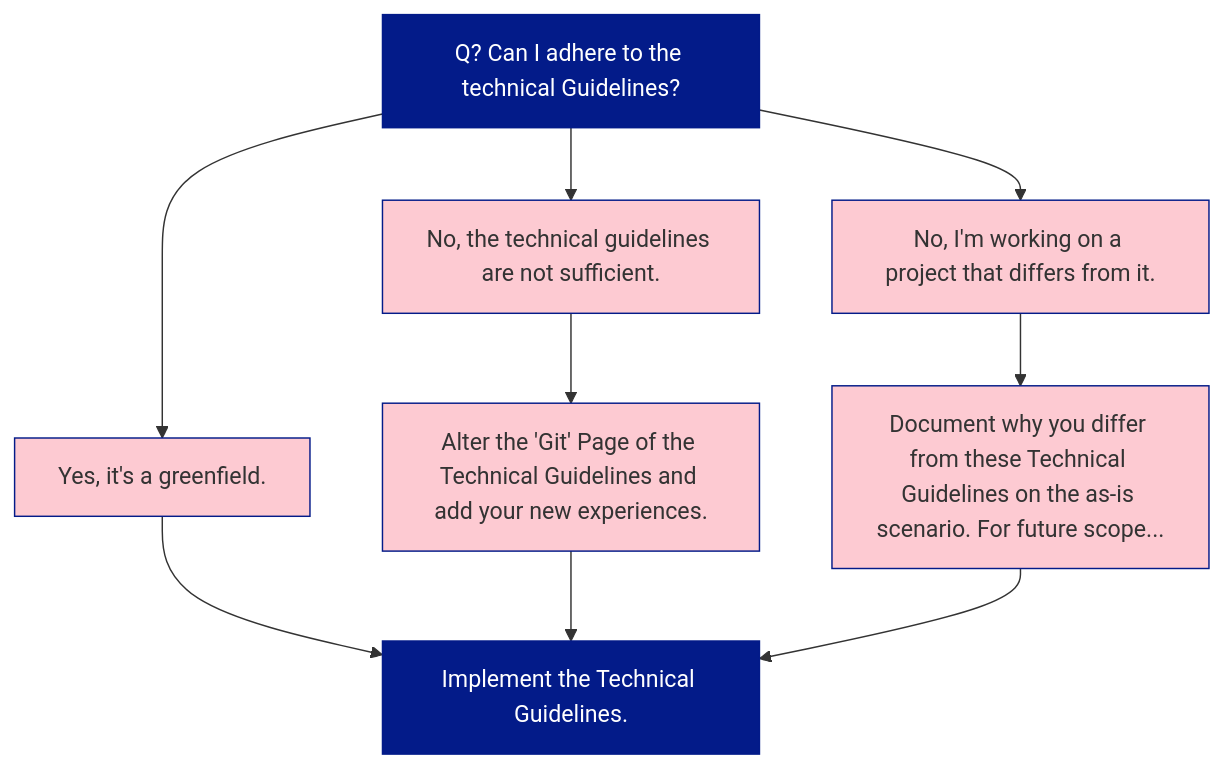
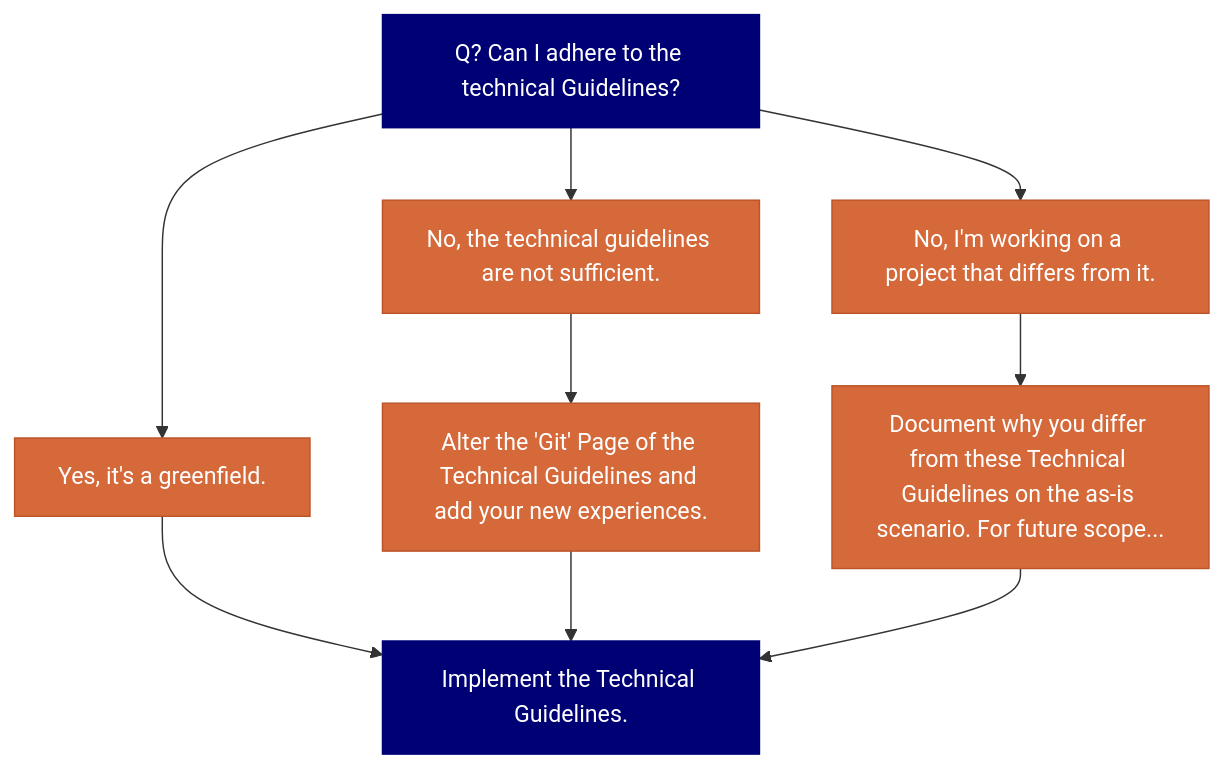
Before and after one commit to PlainsightPro/Vision-Playbook: the diagram in docs/technical-guidelines/why-technical-guidelines.md, drawn with Mermaid. The commit also changed 5 other files, not shown here.

First line of the commit message:
Fix Mermaid diagram colors to match brand guidelines

````diff
--- a/docs/technical-guidelines/why-technical-guidelines.md
+++ b/docs/technical-guidelines/why-technical-guidelines.md
@@ -5,28 +5,28 @@
 ```mermaid
 ---
 config:
   theme: forest
   layout: elk
 ---
 %%{init: { "flowchart": { "useMaxWidth": true } } }%%
 graph TD;
     A[Q? Can I adhere to the technical Guidelines?]
     B[Yes, it's a greenfield.]
     C[Implement the Technical Guidelines.]
     D[No, the technical guidelines are not sufficient.]
     E[Alter the 'Git' Page of the Technical Guidelines and add your new experiences.]
     F[No, I'm working on a project that differs from it.]
     G[Document why you differ from these Technical Guidelines on the as-is scenario. For future scope...]
     
 
     A --> B --> C
     A --> D --> E --> C
     A --> F --> G --> C
     
 
-    classDef pinkBox fill:#FDCAD2,stroke:#031B89,stroke-width:1px;
-    class B,D,E,F,G pinkBox;
+    classDef orangeBox fill:#D5693A,stroke:#BD5428,stroke-width:1px,color:#FFFFFF;
+    class B,D,E,F,G orangeBox;
 
-    classDef blueBox fill:#031B89,stroke:#031B89,stroke-width:1px,color:#FFFFFF;
+    classDef blueBox fill:#000075,stroke:#000075,stroke-width:1px,color:#FFFFFF;
     class A,C blueBox;
 ```
````
